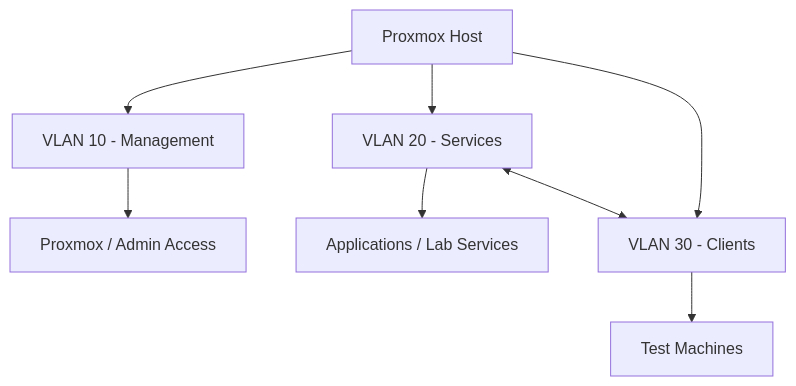
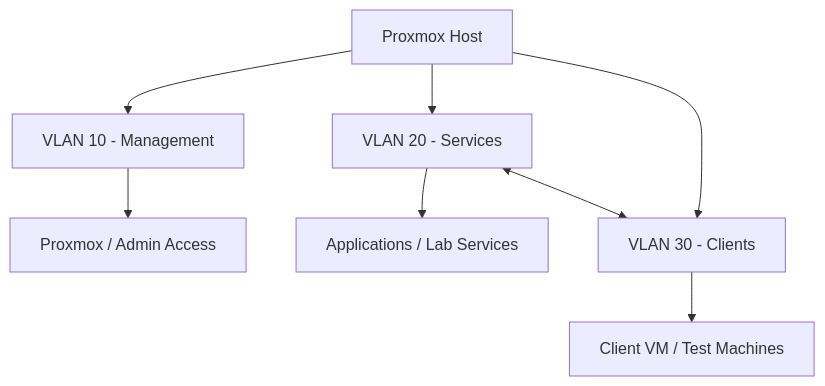
The diagram in README.md (diegov-cyb/Blue-Team-Home-Lab), drawn with Mermaid before and after one commit. The commit also changed other lines of this file, not shown here.

````diff
--- a/README.md
+++ b/README.md
@@ -23,14 +23,14 @@
 ```mermaid
 graph TD
     A[Proxmox Host]
 
     A --> B[VLAN 10 - Management]
     A --> C[VLAN 20 - Services]
     A --> D[VLAN 30 - Clients]
 
     B --> E[Proxmox / Admin Access]
     C --> F[Applications / Lab Services]
-    D --> G[Test Machines]
+    D --> G[Client VM / Test Machines]
 
     C <--> D
 ```
````
